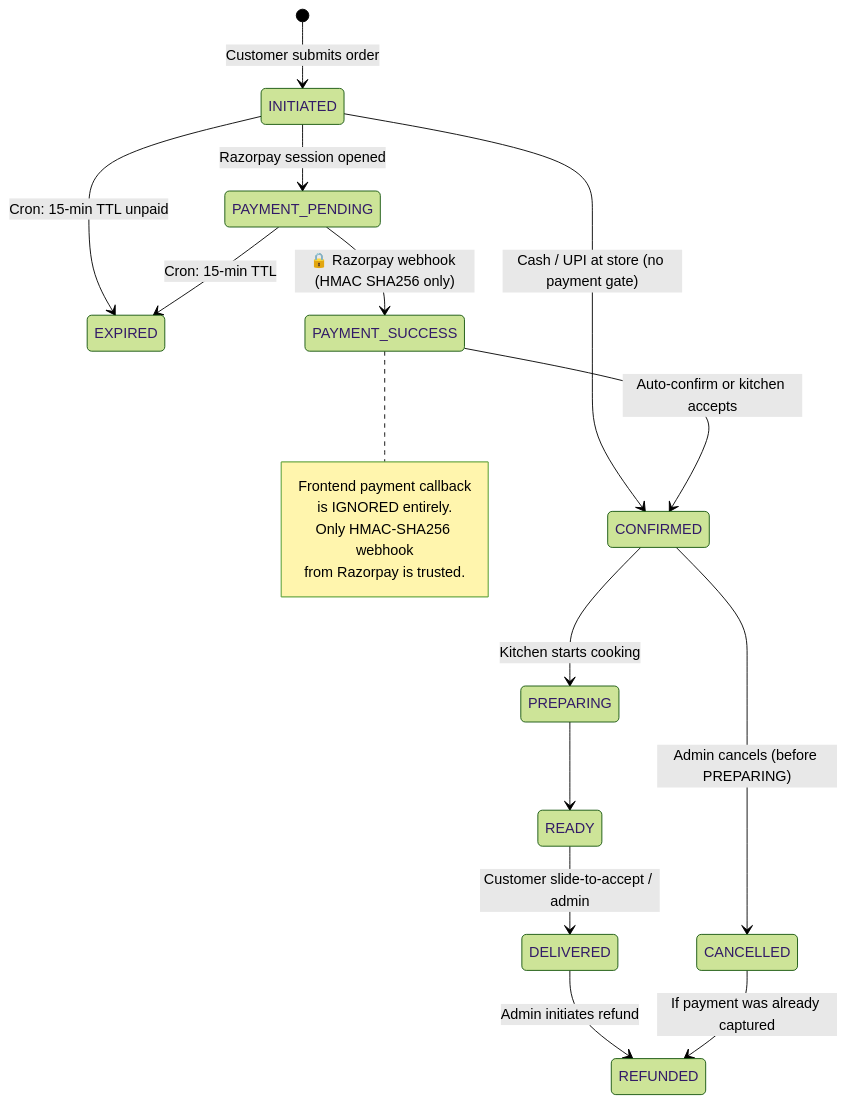
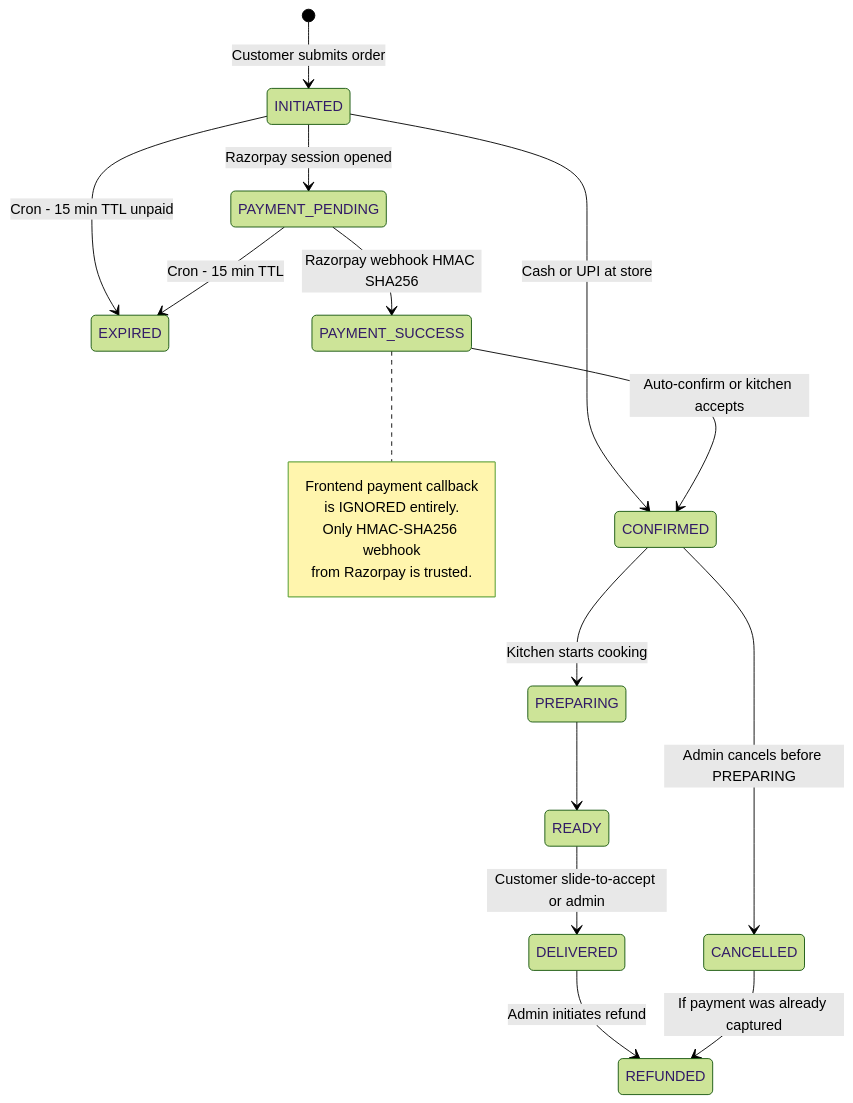
The fifth of 10 diagrams in campus_food_ordering_system/docs/backend_api_system_design.md (csanni/frescos-app), drawn with Mermaid (forest theme) before and after one commit.

Commit message:
fixed mermaid

````diff
--- a/campus_food_ordering_system/docs/backend_api_system_design.md
+++ b/campus_food_ordering_system/docs/backend_api_system_design.md
@@ -411,25 +411,24 @@
 ```mermaid
-
 stateDiagram-v2
     [*] --> INITIATED : Customer submits order
     INITIATED --> PAYMENT_PENDING : Razorpay session opened
-    INITIATED --> CONFIRMED : Cash / UPI at store (no payment gate)
-    INITIATED --> EXPIRED : Cron: 15-min TTL unpaid
-    PAYMENT_PENDING --> PAYMENT_SUCCESS : 🔒 Razorpay webhook (HMAC SHA256 only)
-    PAYMENT_PENDING --> EXPIRED : Cron: 15-min TTL
+    INITIATED --> CONFIRMED : Cash or UPI at store
+    INITIATED --> EXPIRED : Cron - 15 min TTL unpaid
+    PAYMENT_PENDING --> PAYMENT_SUCCESS : Razorpay webhook HMAC SHA256
+    PAYMENT_PENDING --> EXPIRED : Cron - 15 min TTL
     PAYMENT_SUCCESS --> CONFIRMED : Auto-confirm or kitchen accepts
     CONFIRMED --> PREPARING : Kitchen starts cooking
-    CONFIRMED --> CANCELLED : Admin cancels (before PREPARING)
+    CONFIRMED --> CANCELLED : Admin cancels before PREPARING
     PREPARING --> READY
-    READY --> DELIVERED : Customer slide-to-accept / admin
+    READY --> DELIVERED : Customer slide-to-accept or admin
     DELIVERED --> REFUNDED : Admin initiates refund
     CANCELLED --> REFUNDED : If payment was already captured
 
     note right of PAYMENT_SUCCESS
         Frontend payment callback
         is IGNORED entirely.
         Only HMAC-SHA256 webhook
         from Razorpay is trusted.
     end note
-    
+
 ```
````
